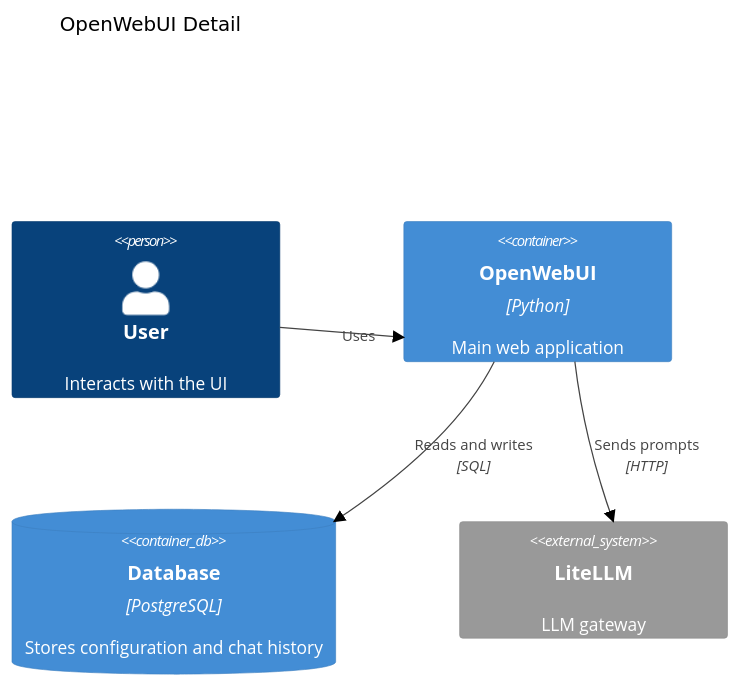
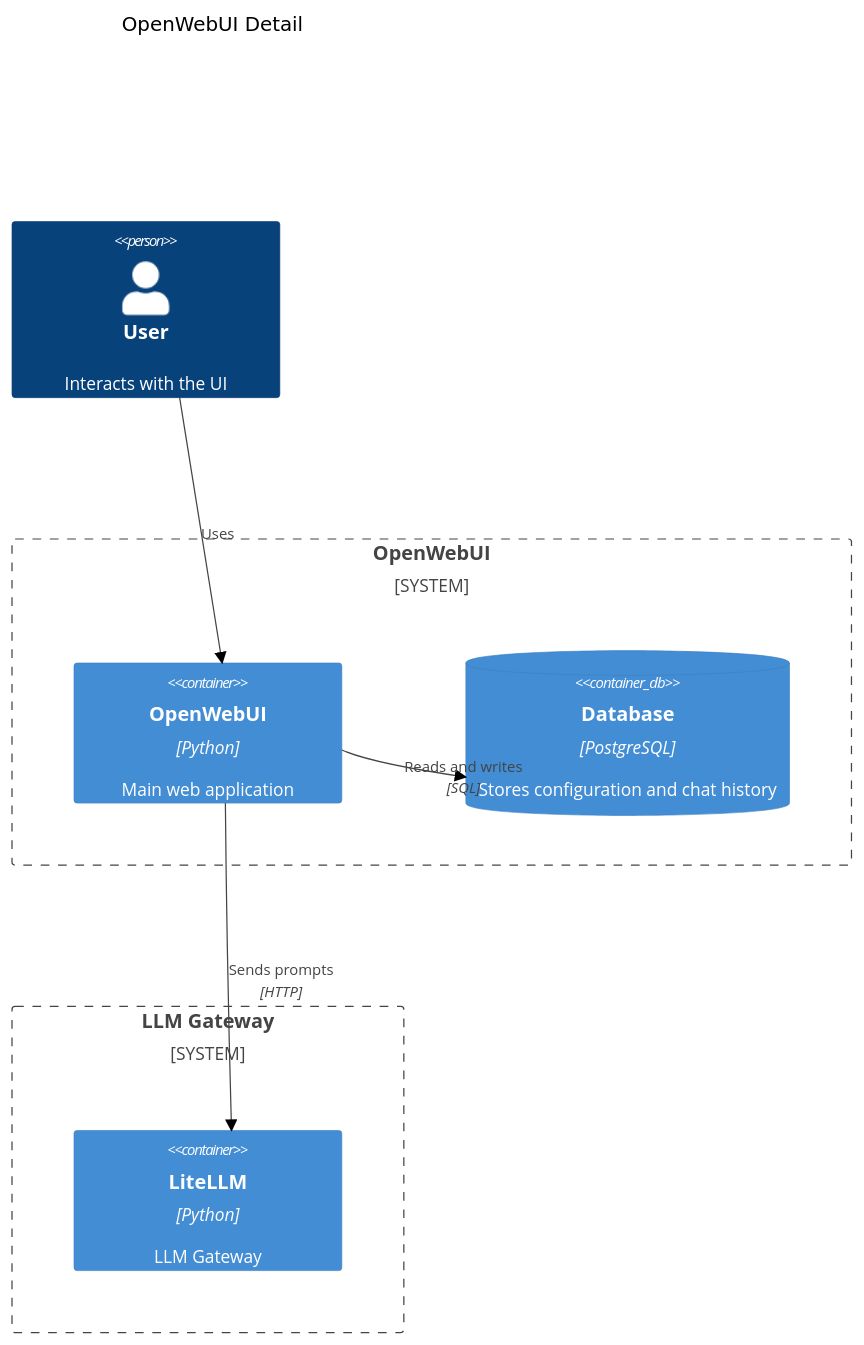
Before and after one commit to Albe83/ai-platform: the second of 3 diagrams in docs/architecture.md, drawn with Mermaid.

````diff
--- a/docs/architecture.md
+++ b/docs/architecture.md
@@ -48,12 +48,22 @@
 ```mermaid
 %%{init: { 'theme': 'neutral' } }%%
 C4Container
     title OpenWebUI Detail
+
+    UpdateLayoutConfig("3", "1")
+
     Person(user, "User", "Interacts with the UI")
-    Container(web, "OpenWebUI", "Python", "Main web application")
-    ContainerDb(db, "Database", "PostgreSQL", "Stores configuration and chat history")
-    System_Ext(litellm, "LiteLLM", "LLM gateway")
+
+    System_Boundary(owui, "OpenWebUI") {
+        Container(web, "OpenWebUI", "Python", "Main web application")
+        ContainerDb(db, "Database", "PostgreSQL", "Stores configuration and chat history")
+    }
+
+    System_Boundary(llmGateway, "LLM Gateway") {
+        Container(gateway, "LiteLLM", "Python", "LLM Gateway")
+    }
+
     Rel(user, web, "Uses")
     Rel(web, db, "Reads and writes", "SQL")
-    Rel(web, litellm, "Sends prompts", "HTTP")
+    Rel(web, gateway, "Sends prompts", "HTTP")
 ```
````
